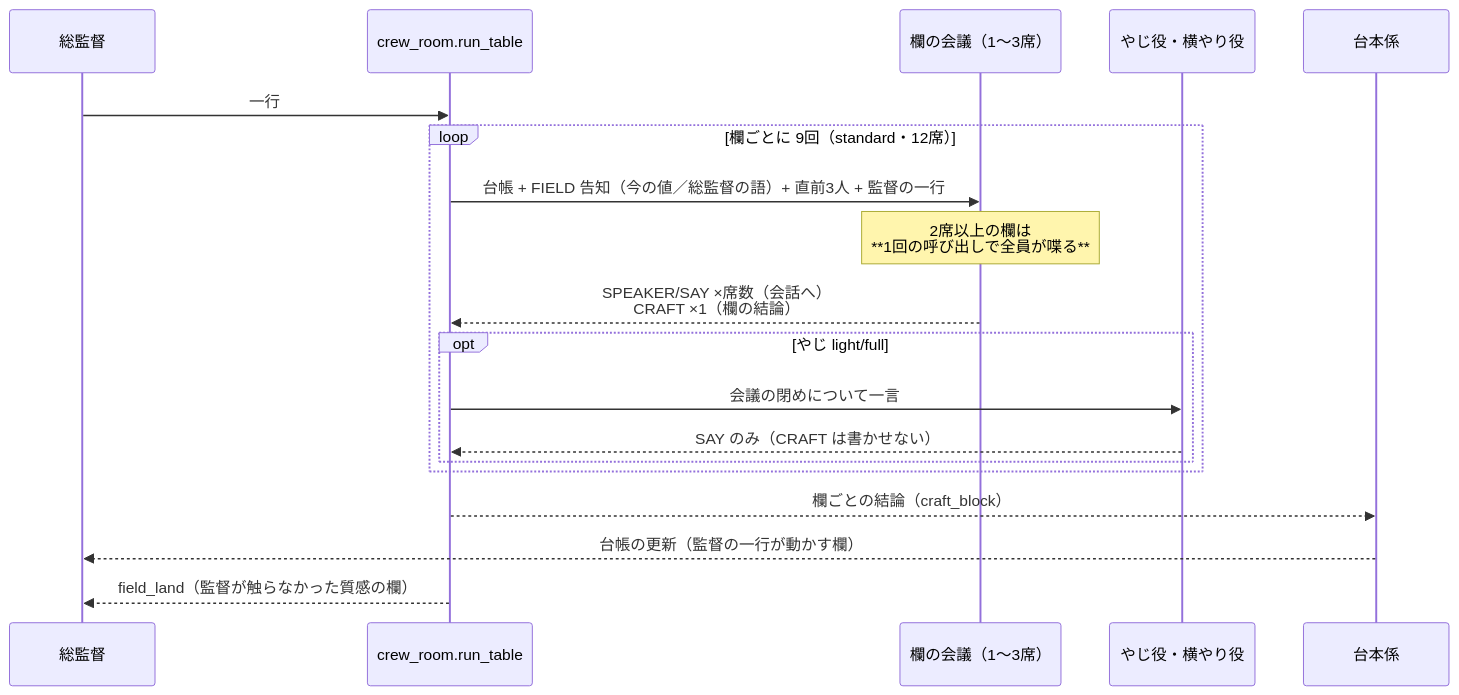
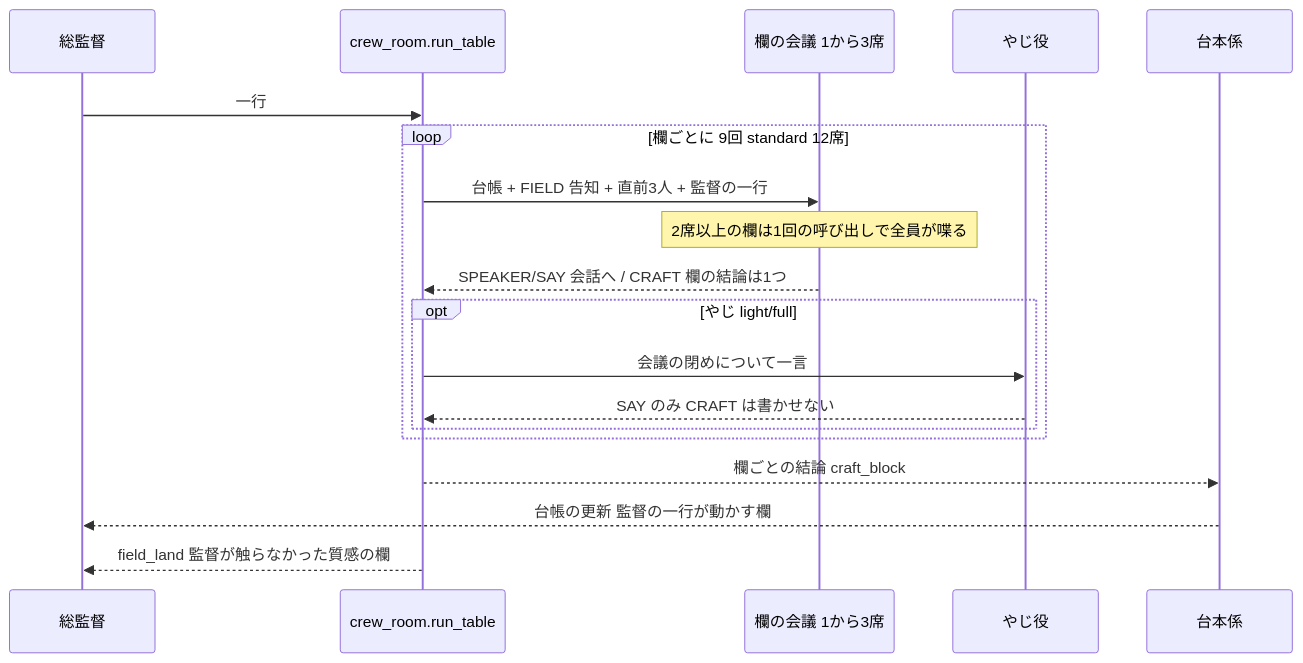
The third of 6 diagrams in docs/tech/muse.ja.md (ranbell/ranbell_image), drawn with Mermaid before and after one commit. The commit also changed other lines of this file and 6 other files, not shown here.

````diff
--- a/docs/tech/muse.ja.md
+++ b/docs/tech/muse.ja.md
@@ -88,22 +274,22 @@
 ```mermaid
 sequenceDiagram
     participant D as 総監督
     participant R as crew_room.run_table
-    participant G as 欄の会議（1〜3席）
-    participant B as やじ役・横やり役
+    participant G as 欄の会議 1から3席
+    participant B as やじ役
     participant W as 台本係
 
     D->>R: 一行
-    loop 欄ごとに 9回（standard・12席）
-        R->>G: 台帳 + FIELD 告知（今の値／総監督の語）+ 直前3人 + 監督の一行
-        Note over G: 2席以上の欄は<br/>**1回の呼び出しで全員が喋る**
-        G-->>R: SPEAKER/SAY ×席数（会話へ）<br/>CRAFT ×1（欄の結論）
+    loop 欄ごとに 9回 standard 12席
+        R->>G: 台帳 + FIELD 告知 + 直前3人 + 監督の一行
+        Note over G: 2席以上の欄は1回の呼び出しで全員が喋る
+        G-->>R: SPEAKER/SAY 会話へ / CRAFT 欄の結論は1つ
         opt やじ light/full
             R->>B: 会議の閉めについて一言
-            B-->>R: SAY のみ（CRAFT は書かせない）
+            B-->>R: SAY のみ CRAFT は書かせない
         end
     end
-    R-->>W: 欄ごとの結論（craft_block）
-    W-->>D: 台帳の更新（監督の一行が動かす欄）
-    R-->>D: field_land（監督が触らなかった質感の欄）
+    R-->>W: 欄ごとの結論 craft_block
+    W-->>D: 台帳の更新 監督の一行が動かす欄
+    R-->>D: field_land 監督が触らなかった質感の欄
 ```
````
